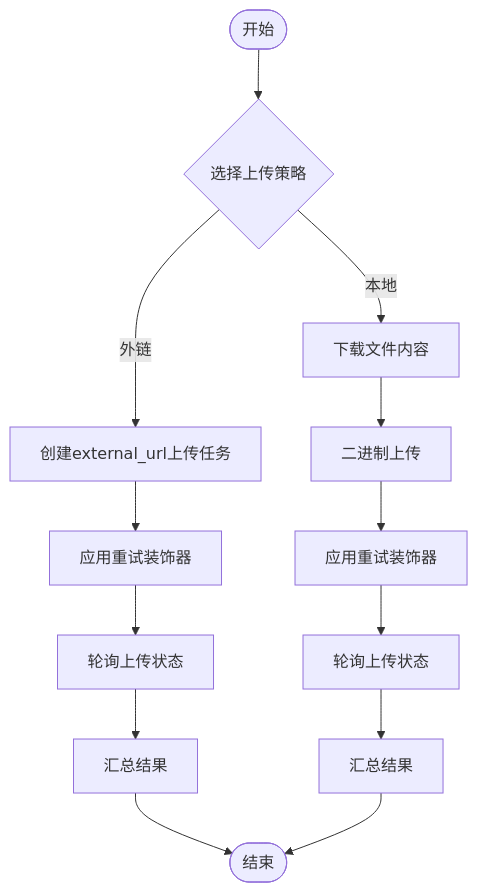
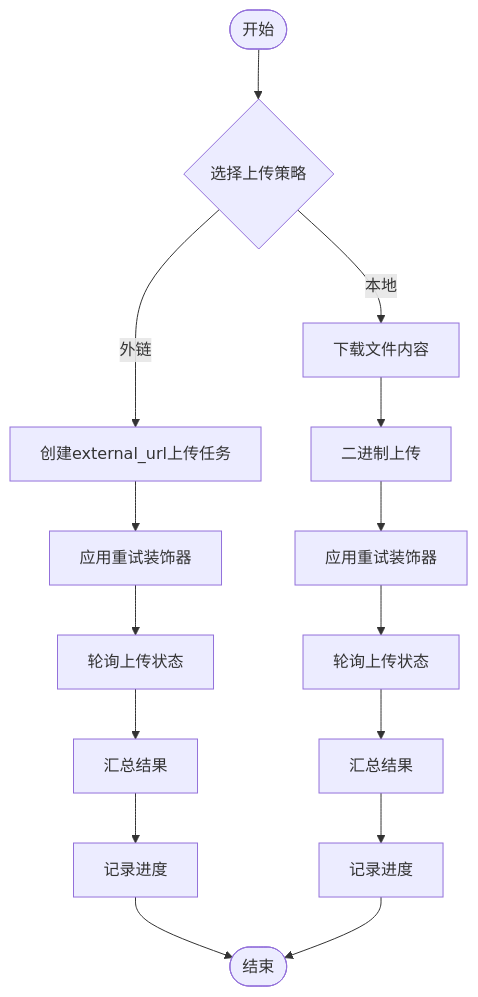
One commit to iverwong/DataLife changed the third of 5 diagrams in .qoder/repowiki/zh/content/核心模块详解/Notion集成模块/Notion集成模块.md. Above: the diagram before and after it, drawn with Mermaid. The commit also changed other lines of this file and 14 other files, not shown here.

````diff
--- a/.qoder/repowiki/zh/content/核心模块详解/Notion集成模块/Notion集成模块.md
+++ b/.qoder/repowiki/zh/content/核心模块详解/Notion集成模块/Notion集成模块.md
@@ -197,15 +227,17 @@
 ```mermaid
 flowchart TD
 Start(["开始"]) --> Decide{"选择上传策略"}
 Decide --> |外链| Ext["创建external_url上传任务"]
 Decide --> |本地| Loc["下载文件内容"]
 Ext --> RetryExt["应用重试装饰器"]
 Loc --> UploadBin["二进制上传"]
 UploadBin --> RetryBin["应用重试装饰器"]
 RetryExt --> PollExt["轮询上传状态"]
 RetryBin --> PollBin["轮询上传状态"]
 PollExt --> ResultExt["汇总结果"]
 PollBin --> ResultLoc["汇总结果"]
-ResultExt --> End(["结束"])
-ResultLoc --> End
+ResultExt --> ProgressExt["记录进度"]
+ResultLoc --> ProgressLoc["记录进度"]
+ProgressExt --> End(["结束"])
+ProgressLoc --> End
 ```
````
